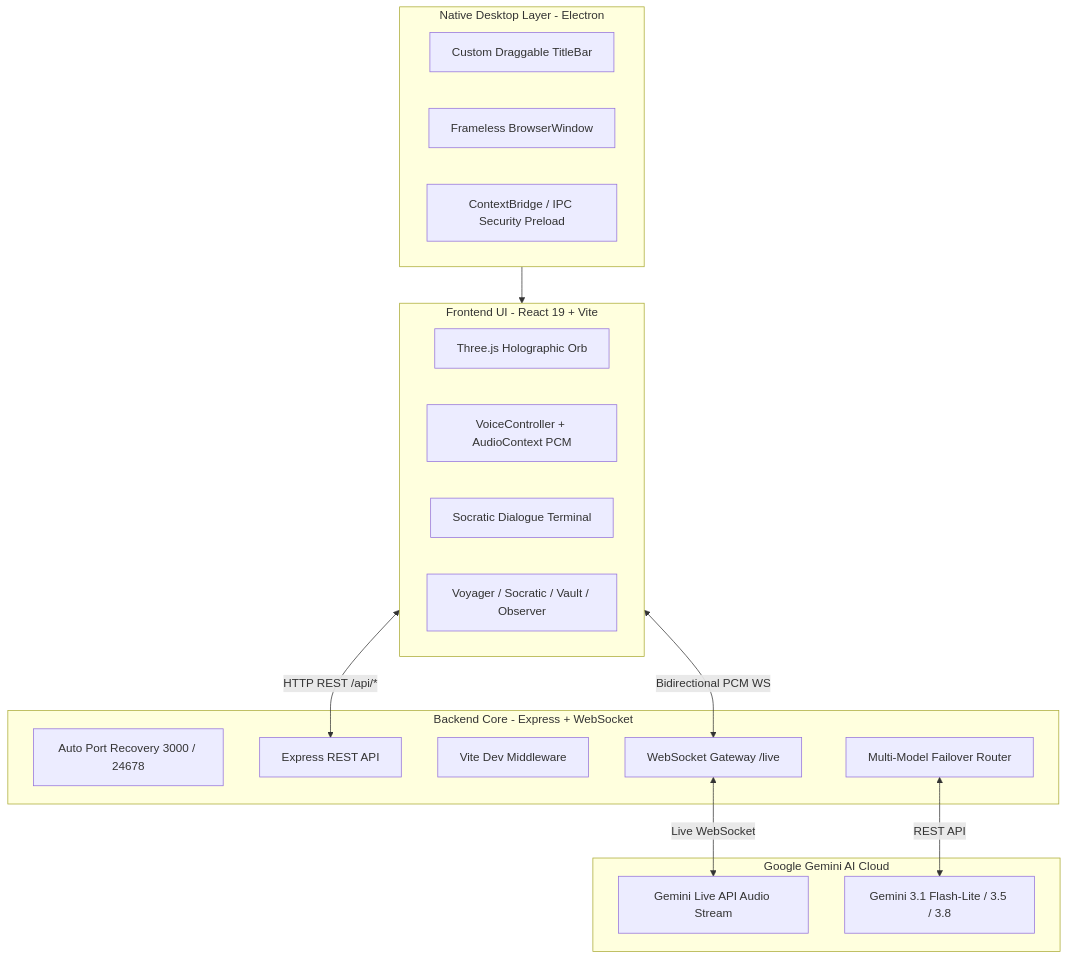
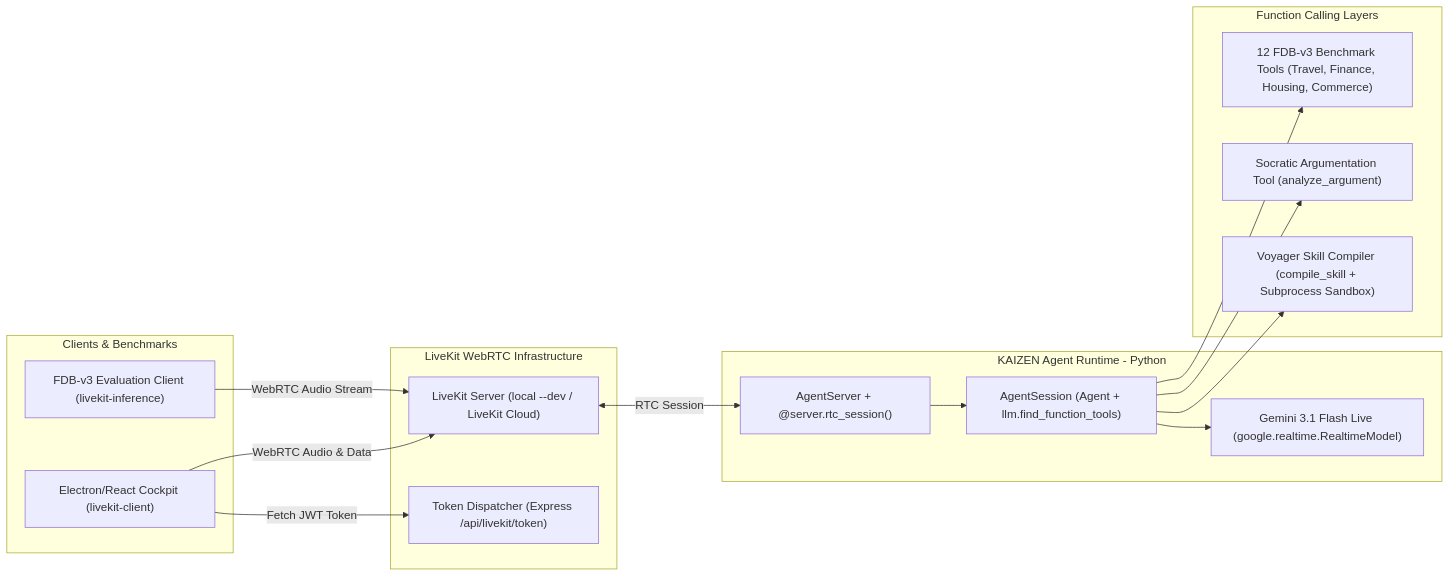
The diagram in README.md (Thenamudhan666/KAIZEN), drawn with Mermaid before and after one commit. The commit also changed other lines of this file and 31 other files, not shown here.

Commit message:
feat(architecture): implement LiveKit Agents framework, FDB-v3 benchmark reproduction suite, and live use-case extensions

````diff
--- a/README.md
+++ b/README.md
@@ -34,34 +23,34 @@
 ```mermaid
-graph TD
-    subgraph Desktop [Native Desktop Layer - Electron]
-        TitleBar[Custom Draggable TitleBar]
-        MainWindow[Frameless BrowserWindow]
-        Preload[ContextBridge / IPC Security Preload]
+graph LR
+    subgraph Clients [Clients & Benchmarks]
+        UI["Electron/React Cockpit (livekit-client)"]
+        FDB["FDB-v3 Evaluation Client (livekit-inference)"]
     end
 
-    subgraph Client [Frontend UI - React 19 + Vite]
-        Orb[Three.js Holographic Orb]
-        VoiceCtrl[VoiceController + AudioContext PCM]
-        Chat[Socratic Dialogue Terminal]
-        Panels[Voyager / Socratic / Vault / Observer]
+    subgraph Transport [LiveKit WebRTC Infrastructure]
+        LK["LiveKit Server (local --dev / LiveKit Cloud)"]
+        TokenAPI["Token Dispatcher (Express /api/livekit/token)"]
     end
 
-    subgraph Server [Backend Core - Express + WebSocket]
-        CleanPorts[Auto Port Recovery 3000 / 24678]
-        ExpressCore[Express REST API]
-        ViteMid[Vite Dev Middleware]
-        WSGateway[WebSocket Gateway /live]
-        ModelRouter[Multi-Model Failover Router]
+    subgraph Agent [KAIZEN Agent Runtime - Python]
+        AS["AgentServer + @server.rtc_session()"]
+        Session["AgentSession (Agent + llm.find_function_tools)"]
+        Model["Gemini 3.1 Flash Live (google.realtime.RealtimeModel)"]
     end
 
-    subgraph AI [Google Gemini AI Cloud]
-        LiveWS[Gemini Live API Audio Stream]
-        FlashModels[Gemini 3.1 Flash-Lite / 3.5 / 3.8]
+    subgraph Tools [Function Calling Layers]
+        FDBTools["12 FDB-v3 Benchmark Tools (Travel, Finance, Housing, Commerce)"]
+        Socratic["Socratic Argumentation Tool (analyze_argument)"]
+        Voyager["Voyager Skill Compiler (compile_skill + Subprocess Sandbox)"]
     end
 
-    Desktop --> Client
-    Client <-->|HTTP REST /api/*| ExpressCore
-    Client <-->|Bidirectional PCM WS| WSGateway
-    WSGateway <-->|Live WebSocket| LiveWS
-    ModelRouter <-->|REST API| FlashModels
+    UI -->|WebRTC Audio & Data| LK
+    FDB -->|WebRTC Audio Stream| LK
+    UI -->|Fetch JWT Token| TokenAPI
+    LK <-->|RTC Session| AS
+    AS --> Session
+    Session --> Model
+    Session --> FDBTools
+    Session --> Socratic
+    Session --> Voyager
 ```
````
